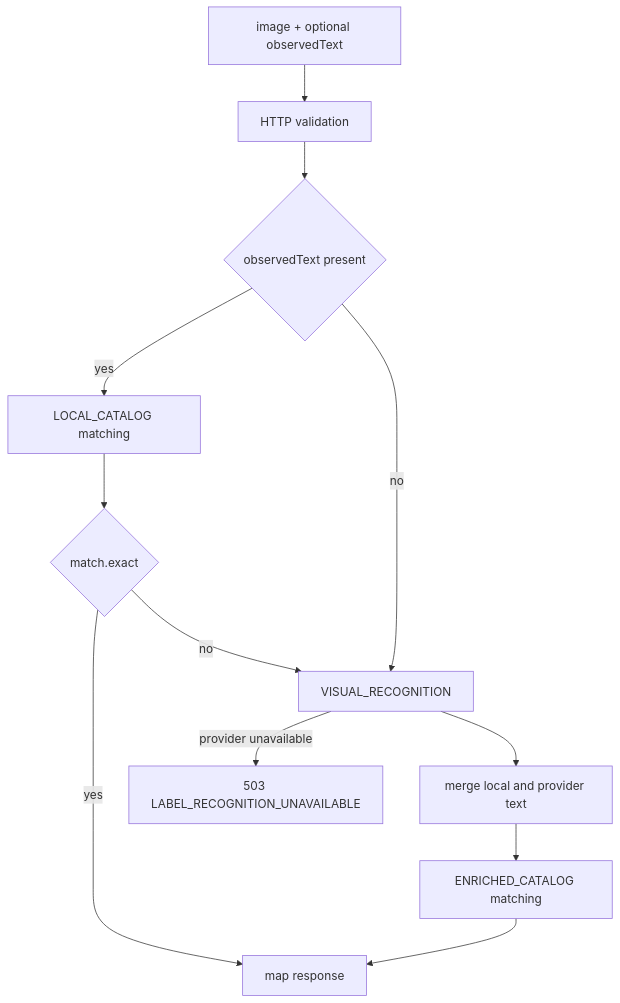
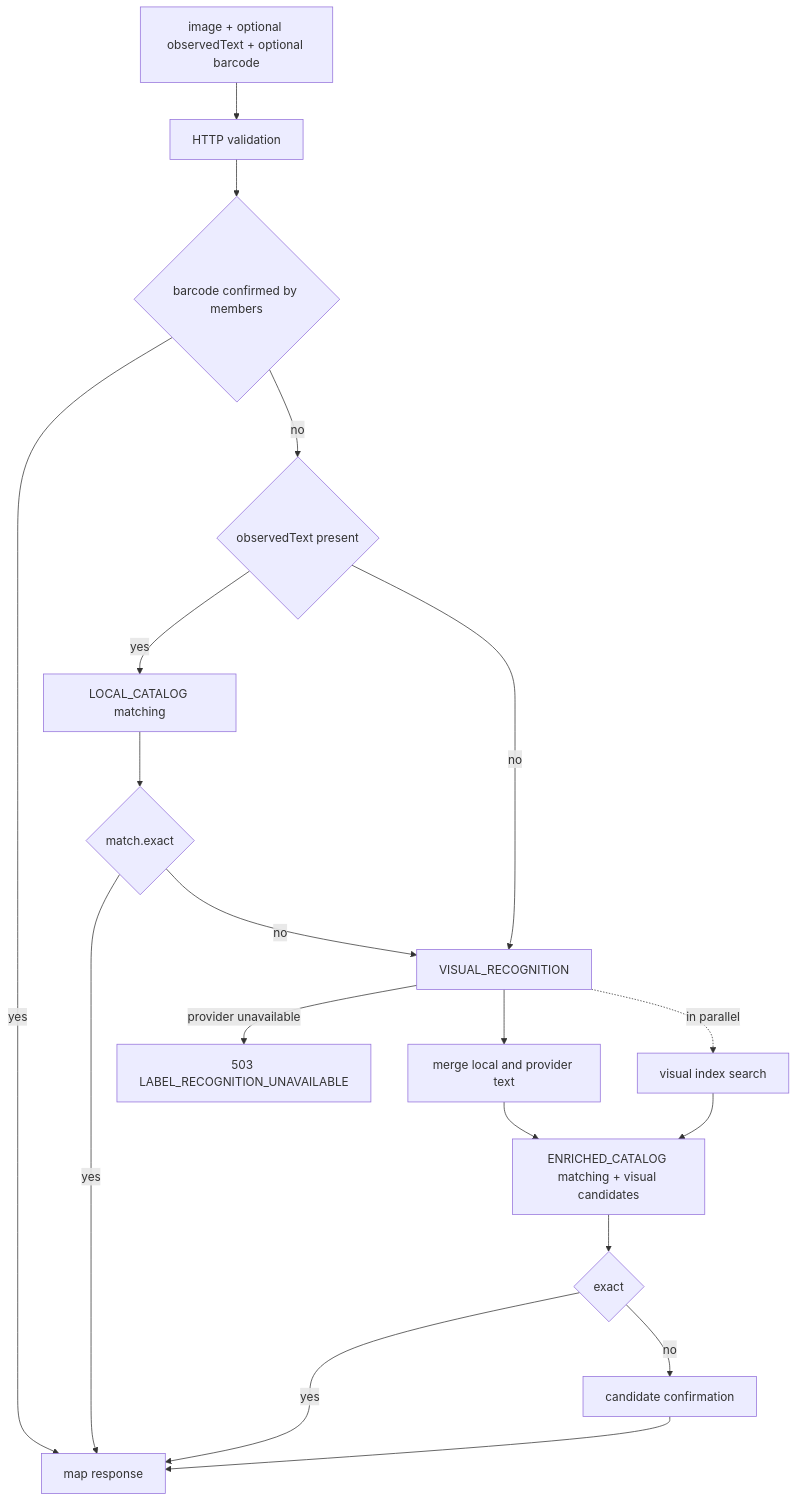
The fifth of 10 diagrams in docs/en/modules/wines/architecture.md (Bielaszczuk/vinnot-demo), drawn with Mermaid before and after one commit. The commit also changed other lines of this file and 218 other files, not shown here.

````diff
--- a/docs/en/modules/wines/architecture.md
+++ b/docs/en/modules/wines/architecture.md
@@ -200,14 +201,21 @@
 ```mermaid
 flowchart TD
-    HTTP["image + optional observedText"] --> VALIDATE["HTTP validation"]
-    VALIDATE --> OCR{"observedText present"}
+    HTTP["image + optional observedText + optional barcode"] --> VALIDATE["HTTP validation"]
+    VALIDATE --> BARCODE{"barcode confirmed by members"}
+    BARCODE -->|yes| RETURN
+    BARCODE -->|no| OCR{"observedText present"}
     OCR -->|yes| LOCAL["LOCAL_CATALOG matching"]
     LOCAL --> EXACT{"match.exact"}
     EXACT -->|yes| RETURN["map response"]
     EXACT -->|no| VISION["VISUAL_RECOGNITION"]
     OCR -->|no| VISION
     VISION --> MERGE["merge local and provider text"]
-    MERGE --> CATALOG["ENRICHED_CATALOG matching"]
-    CATALOG --> RETURN
+    VISION -.->|in parallel| VISUAL["visual index search"]
+    MERGE --> CATALOG["ENRICHED_CATALOG matching + visual candidates"]
+    VISUAL --> CATALOG
+    CATALOG --> VERIFY{"exact"}
+    VERIFY -->|yes| RETURN
+    VERIFY -->|no| PICK["candidate confirmation"]
+    PICK --> RETURN
     VISION -->|provider unavailable| ERROR["503 LABEL_RECOGNITION_UNAVAILABLE"]
 ```
````
